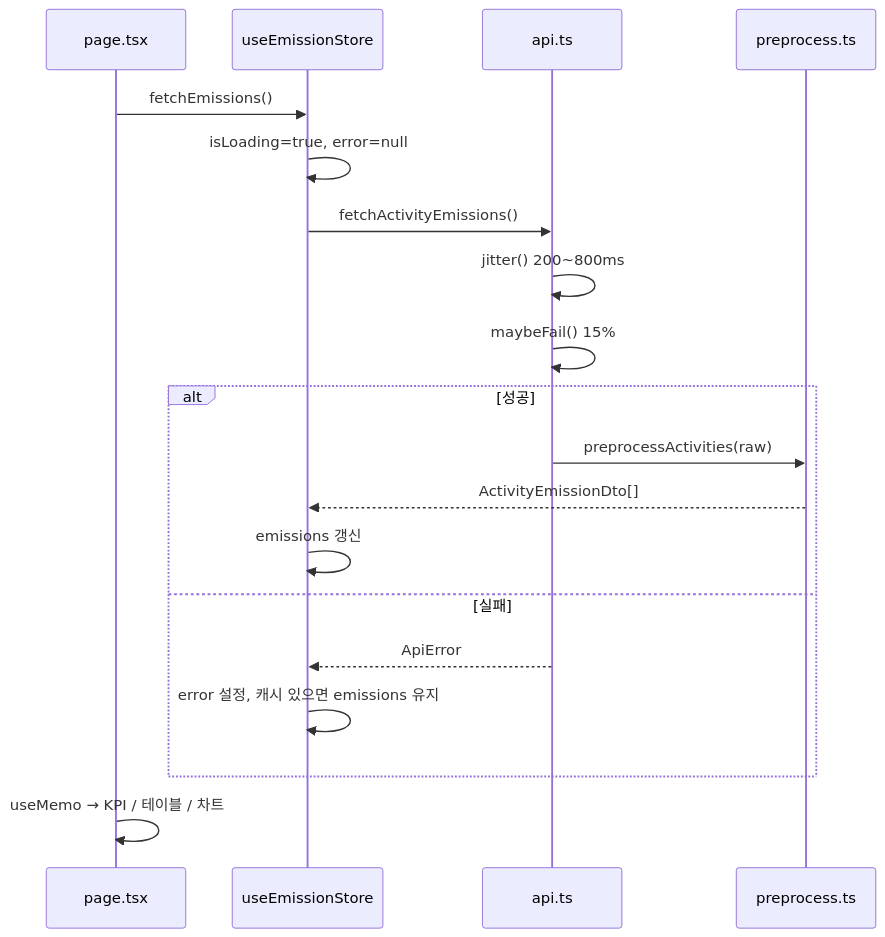
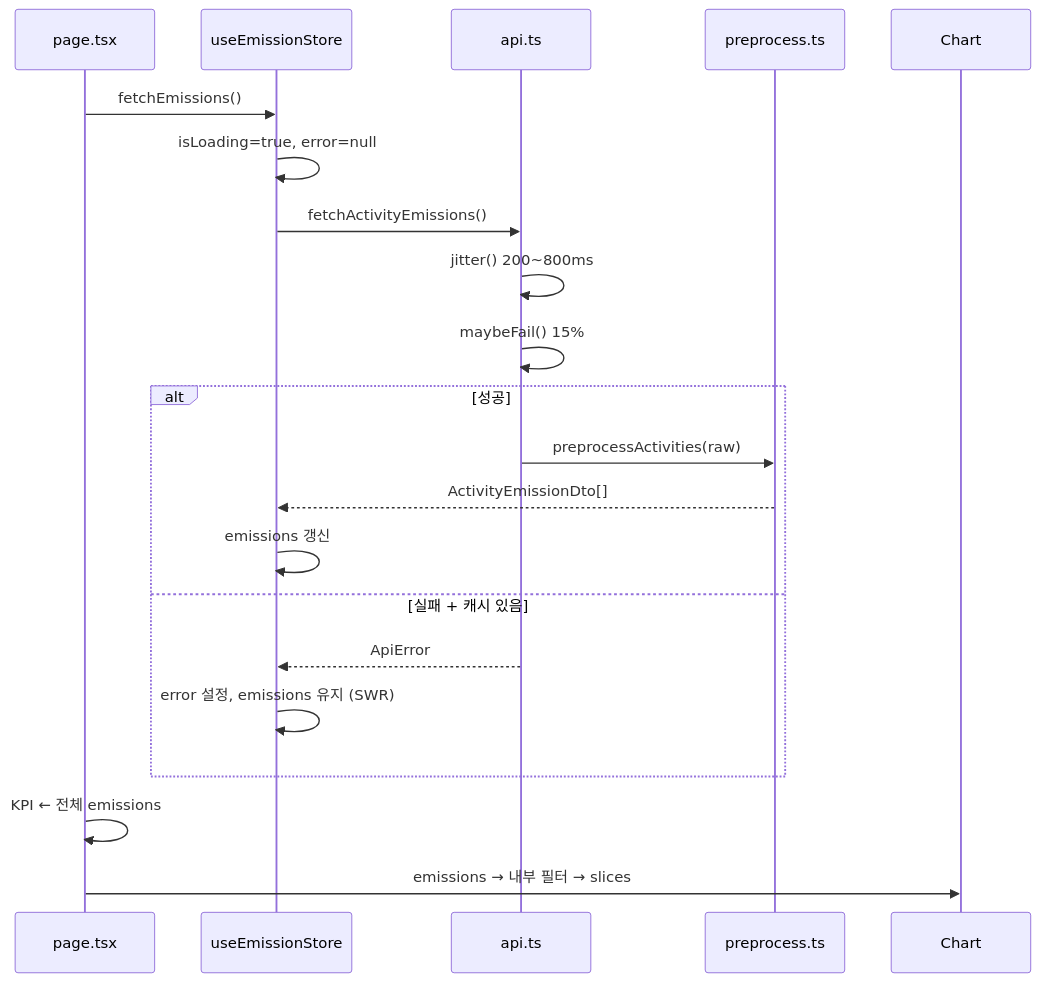
The first of 3 diagrams in README.md (wnsgh1a/Hanaloop_Dashboard), drawn with Mermaid before and after one commit. The commit also changed other lines of this file and 12 other files, not shown here.

````diff
--- a/README.md
+++ b/README.md
@@ -56,22 +99,23 @@
 ```mermaid
 sequenceDiagram
   participant Page as page.tsx
   participant Store as useEmissionStore
   participant API as api.ts
   participant Prep as preprocess.ts
 
   Page->>Store: fetchEmissions()
   Store->>Store: isLoading=true, error=null
   Store->>API: fetchActivityEmissions()
   API->>API: jitter() 200~800ms
   API->>API: maybeFail() 15%
   alt 성공
     API->>Prep: preprocessActivities(raw)
     Prep-->>Store: ActivityEmissionDto[]
     Store->>Store: emissions 갱신
-  else 실패
+  else 실패 + 캐시 있음
     API-->>Store: ApiError
-    Store->>Store: error 설정, 캐시 있으면 emissions 유지
+    Store->>Store: error 설정, emissions 유지 (SWR)
   end
-  Page->>Page: useMemo → KPI / 테이블 / 차트
+  Page->>Page: KPI ← 전체 emissions
+  Page->>Chart: emissions → 내부 필터 → slices
 ```
````
